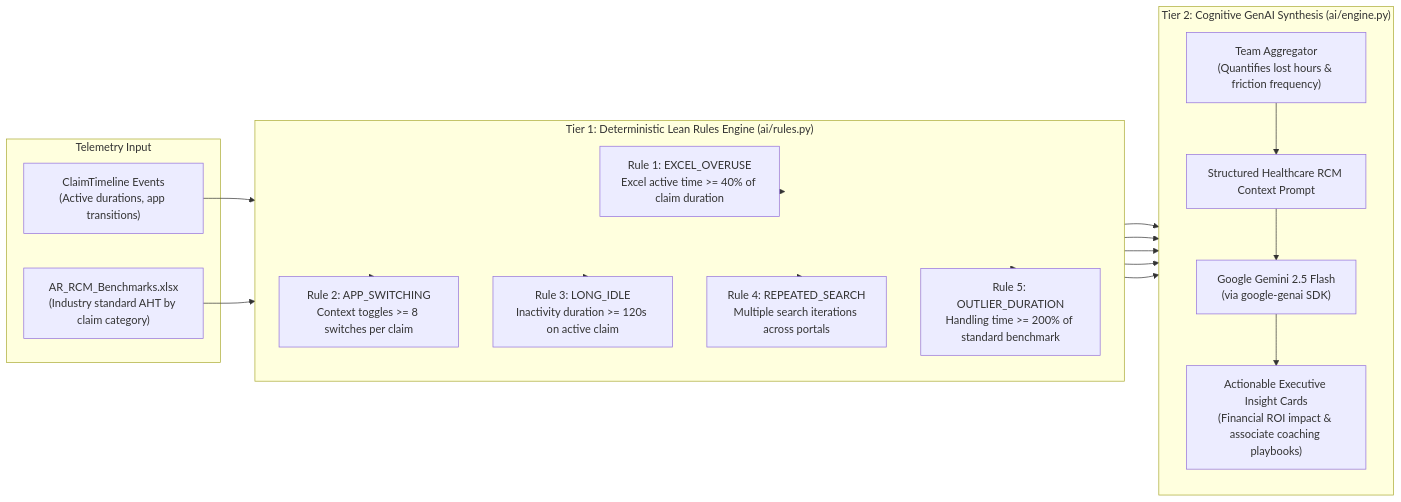
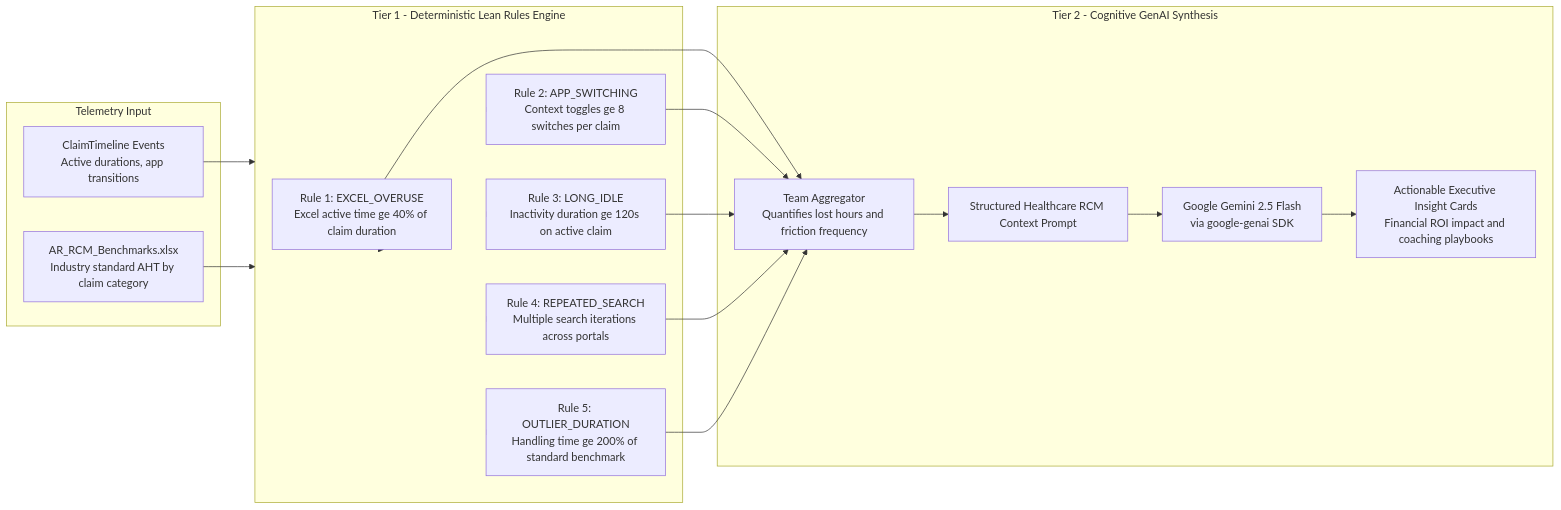
Before and after one commit to Gokul2004-ne/TMS: the sixth of 7 diagrams in ARCHITECTURE.md, drawn with Mermaid. The commit also changed other lines of this file and 1 other file, not shown here.

Commit message:
docs: fix GitHub Mermaid rendering in README.md and ARCHITECTURE.md

````diff
--- a/ARCHITECTURE.md
+++ b/ARCHITECTURE.md
@@ -470,29 +470,36 @@
 ```mermaid
 flowchart LR
     subgraph RawData ["Telemetry Input"]
-        TL["ClaimTimeline Events\n(Active durations, app transitions)"]
-        BM["AR_RCM_Benchmarks.xlsx\n(Industry standard AHT by claim category)"]
+        TL["ClaimTimeline Events<br>Active durations, app transitions"]
+        BM["AR_RCM_Benchmarks.xlsx<br>Industry standard AHT by claim category"]
     end
 
-    subgraph Tier1 ["Tier 1: Deterministic Lean Rules Engine (ai/rules.py)"]
-        direction TB
-        R1["Rule 1: EXCEL_OVERUSE\nExcel active time >= 40% of claim duration"]
-        R2["Rule 2: APP_SWITCHING\nContext toggles >= 8 switches per claim"]
-        R3["Rule 3: LONG_IDLE\nInactivity duration >= 120s on active claim"]
-        R4["Rule 4: REPEATED_SEARCH\nMultiple search iterations across portals"]
-        R5["Rule 5: OUTLIER_DURATION\nHandling time >= 200% of standard benchmark"]
+    subgraph Tier1 ["Tier 1 - Deterministic Lean Rules Engine"]
+        R1["Rule 1: EXCEL_OVERUSE<br>Excel active time ge 40% of claim duration"]
+        R2["Rule 2: APP_SWITCHING<br>Context toggles ge 8 switches per claim"]
+        R3["Rule 3: LONG_IDLE<br>Inactivity duration ge 120s on active claim"]
+        R4["Rule 4: REPEATED_SEARCH<br>Multiple search iterations across portals"]
+        R5["Rule 5: OUTLIER_DURATION<br>Handling time ge 200% of standard benchmark"]
     end
 
-    subgraph Tier2 ["Tier 2: Cognitive GenAI Synthesis (ai/engine.py)"]
-        direction TB
-        Agg["Team Aggregator\n(Quantifies lost hours & friction frequency)"]
+    subgraph Tier2 ["Tier 2 - Cognitive GenAI Synthesis"]
+        Agg["Team Aggregator<br>Quantifies lost hours and friction frequency"]
         Prompt["Structured Healthcare RCM Context Prompt"]
-        Gemini["Google Gemini 2.5 Flash\n(via google-genai SDK)"]
-        Cards["Actionable Executive Insight Cards\n(Financial ROI impact & associate coaching playbooks)"]
+        Gemini["Google Gemini 2.5 Flash<br>via google-genai SDK"]
+        Cards["Actionable Executive Insight Cards<br>Financial ROI impact and coaching playbooks"]
     end
 
-    TL & BM --> Tier1
-    Tier1 --> R1 & R2 & R3 & R4 & R5
-    R1 & R2 & R3 & R4 & R5 --> Agg
+    TL --> Tier1
+    BM --> Tier1
+    Tier1 --> R1
+    Tier1 --> R2
+    Tier1 --> R3
+    Tier1 --> R4
+    Tier1 --> R5
+    R1 --> Agg
+    R2 --> Agg
+    R3 --> Agg
+    R4 --> Agg
+    R5 --> Agg
     Agg --> Prompt --> Gemini --> Cards
 ```
````
